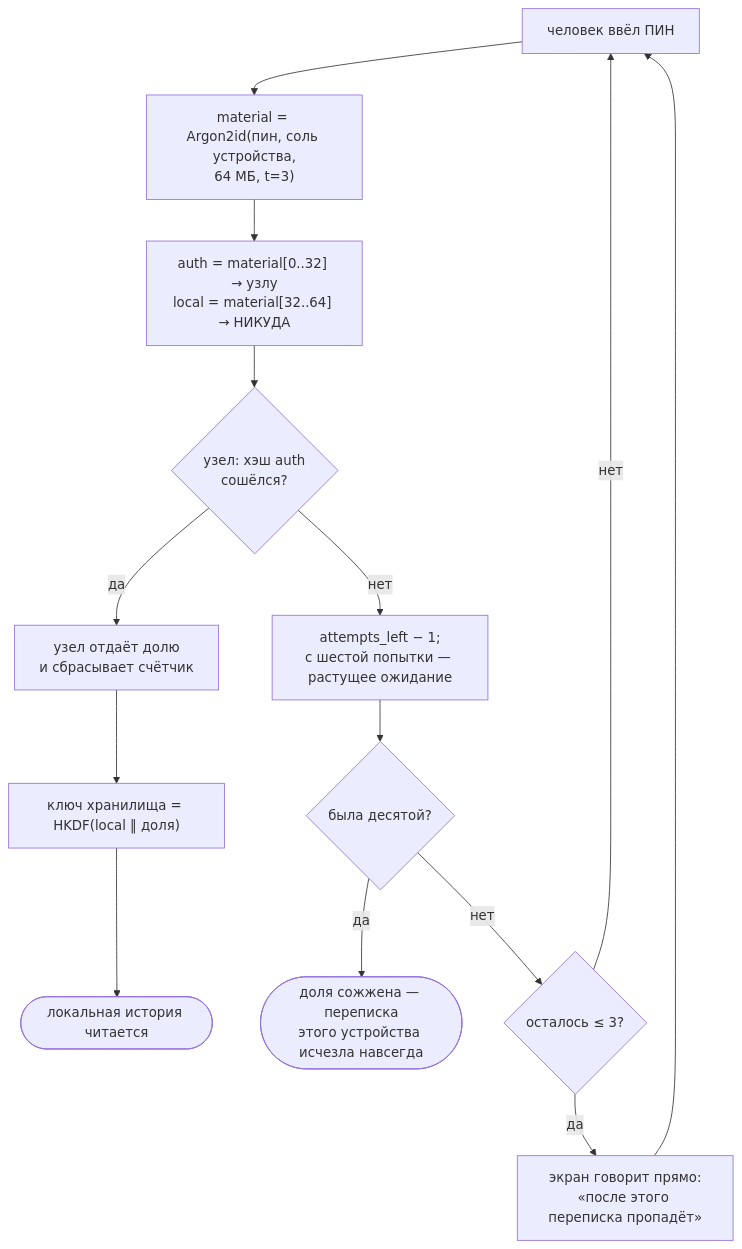
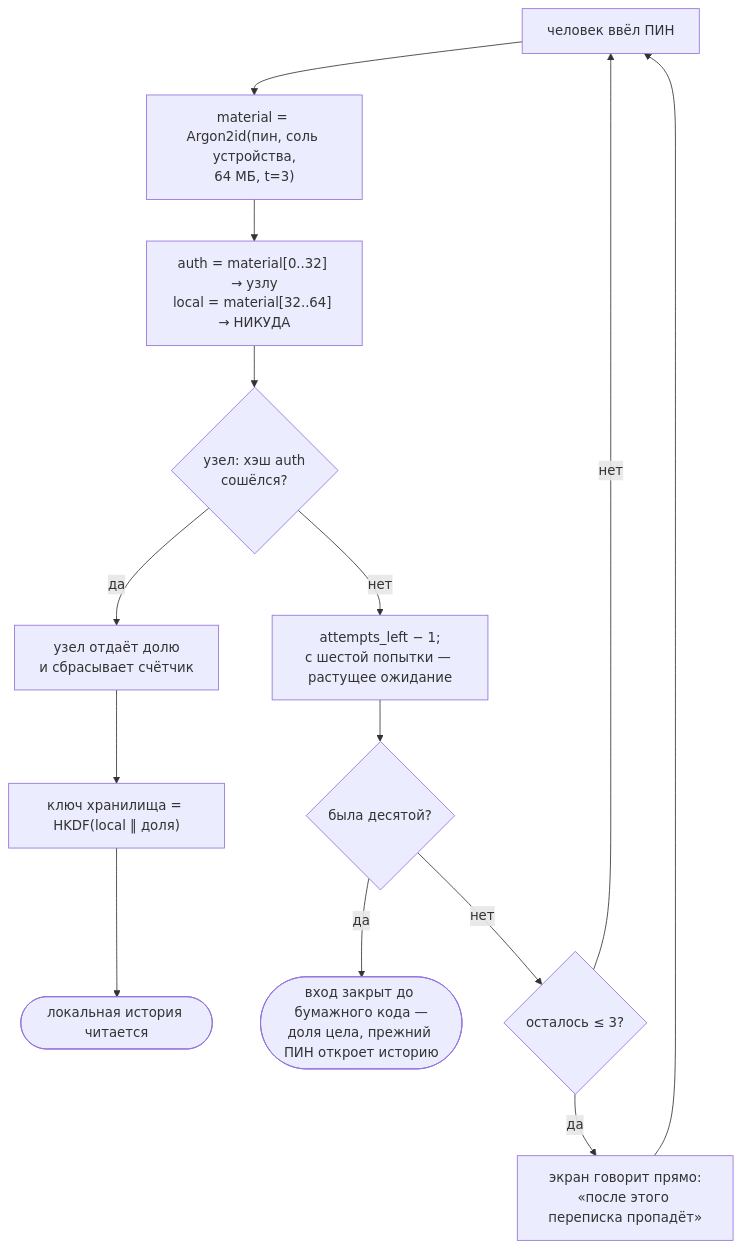
One commit to panov-id/xor.ad changed the third of 30 diagrams in docs/chat-flows_RU.md. Above: the diagram before and after it, drawn with Mermaid. The commit also changed other lines of this file and 16 other files, not shown here.

````diff
--- a/docs/chat-flows_RU.md
+++ b/docs/chat-flows_RU.md
@@ -93,16 +93,16 @@
 ```mermaid
 flowchart TD
   pin["человек ввёл ПИН"] --> argon["material = Argon2id#40;пин, соль устройства,<br/>64 МБ, t=3#41;"]
   argon --> split["auth = material[0..32] → узлу<br/>local = material[32..64] → НИКУДА"]
   split --> check{"узел: хэш auth<br/>сошёлся?"}
   check -- "да" --> give["узел отдаёт долю<br/>и сбрасывает счётчик"]
   give --> key["ключ хранилища = HKDF#40;local ‖ доля#41;"]
   key --> open(["локальная история читается"])
   check -- "нет" --> dec["attempts_left − 1;<br/>с шестой попытки — растущее ожидание"]
   dec --> burn{"была десятой?"}
-  burn -- "да" --> dead(["доля сожжена — переписка<br/>этого устройства исчезла навсегда"])
+  burn -- "да" --> dead(["вход закрыт до бумажного кода —<br/>доля цела, прежний ПИН откроет историю"])
   burn -- "нет" --> warn{"осталось ≤ 3?"}
   warn -- "да" --> say["экран говорит прямо:<br/>«после этого переписка пропадёт»"]
   warn -- "нет" --> pin
   say --> pin
 ```
````
